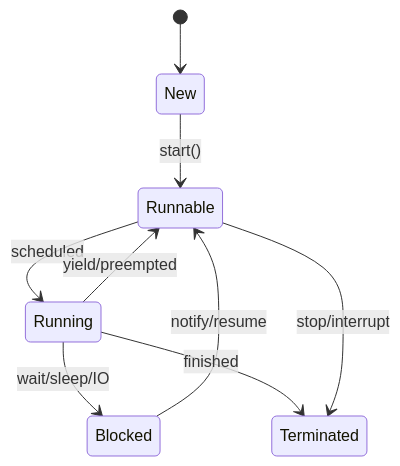
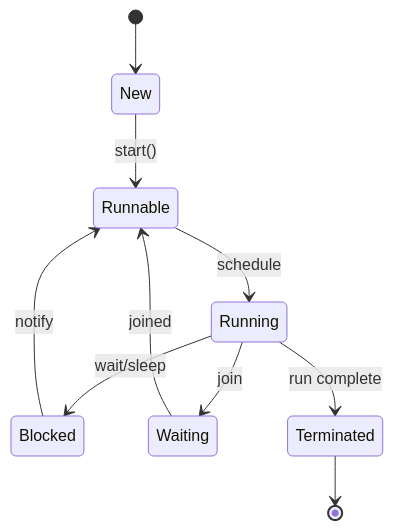
The diagram in multithreading-concurrency-in-java/README.md (VrushankPatel/interview-matters), drawn with Mermaid before and after one commit. The commit also changed other lines of this file and 7 other files, not shown here.

````diff
--- a/multithreading-concurrency-in-java/README.md
+++ b/multithreading-concurrency-in-java/README.md
@@ -19,11 +31,12 @@
 ```mermaid
 stateDiagram-v2
-    [*] --> New
-    New --> Runnable: start()
-    Runnable --> Running: scheduled
-    Running --> Runnable: yield/preempted
-    Running --> Blocked: wait/sleep/IO
-    Blocked --> Runnable: notify/resume
-    Running --> Terminated: finished
-    Runnable --> Terminated: stop/interrupt
+[*] --> New
+New --> Runnable : start()
+Runnable --> Running : schedule
+Running --> Blocked : wait/sleep
+Blocked --> Runnable : notify
+Running --> Waiting : join
+Waiting --> Runnable : joined
+Running --> Terminated : run complete
+Terminated --> [*]
 ```
````
